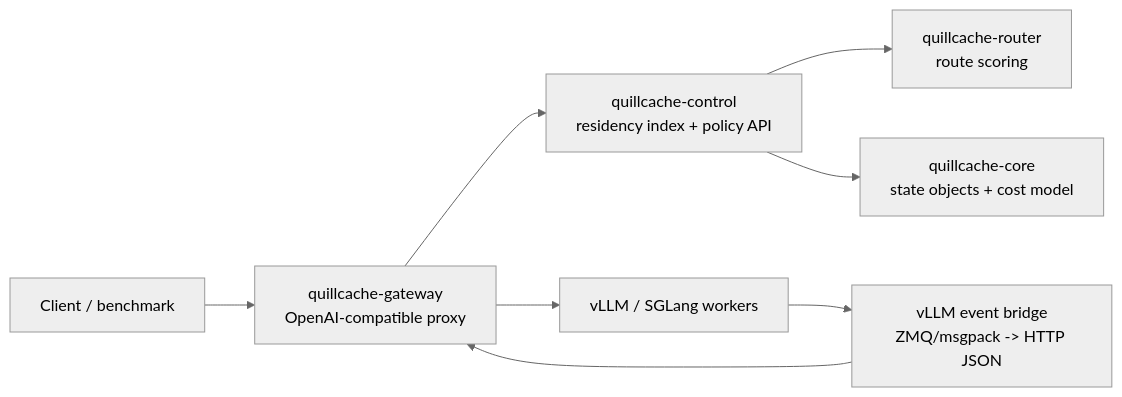
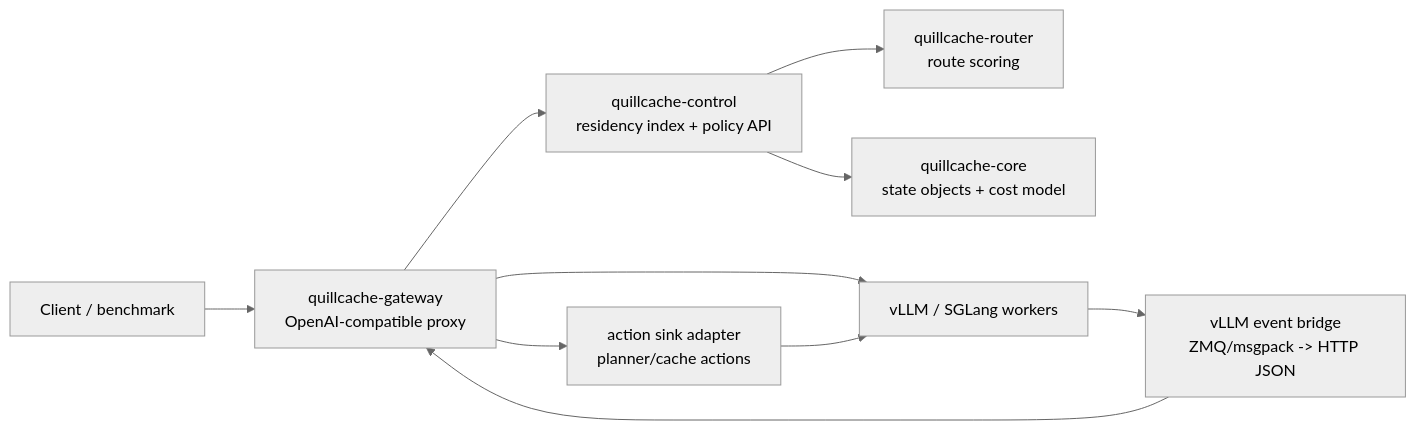
The diagram in docs/architecture.md (feichai0017/loom-attention), drawn with Mermaid (neutral theme) before and after one commit. The commit also changed other lines of this file and 11 other files, not shown here.

Commit message:
feat: add runtime control plane action sink

````diff
--- a/docs/architecture.md
+++ b/docs/architecture.md
@@ -9,17 +9,20 @@
 ```mermaid
 flowchart LR
     Client["Client / benchmark"]
     Gateway["quillcache-gateway\nOpenAI-compatible proxy"]
     Control["quillcache-control\nresidency index + policy API"]
     Router["quillcache-router\nroute scoring"]
     Core["quillcache-core\nstate objects + cost model"]
     Bridge["vLLM event bridge\nZMQ/msgpack -> HTTP JSON"]
+    Sink["action sink adapter\nplanner/cache actions"]
     Engine["vLLM / SGLang workers"]
 
     Client --> Gateway
     Gateway --> Control
     Control --> Router
     Control --> Core
     Gateway --> Engine
+    Gateway --> Sink
+    Sink --> Engine
     Engine --> Bridge --> Gateway
 ```
````
